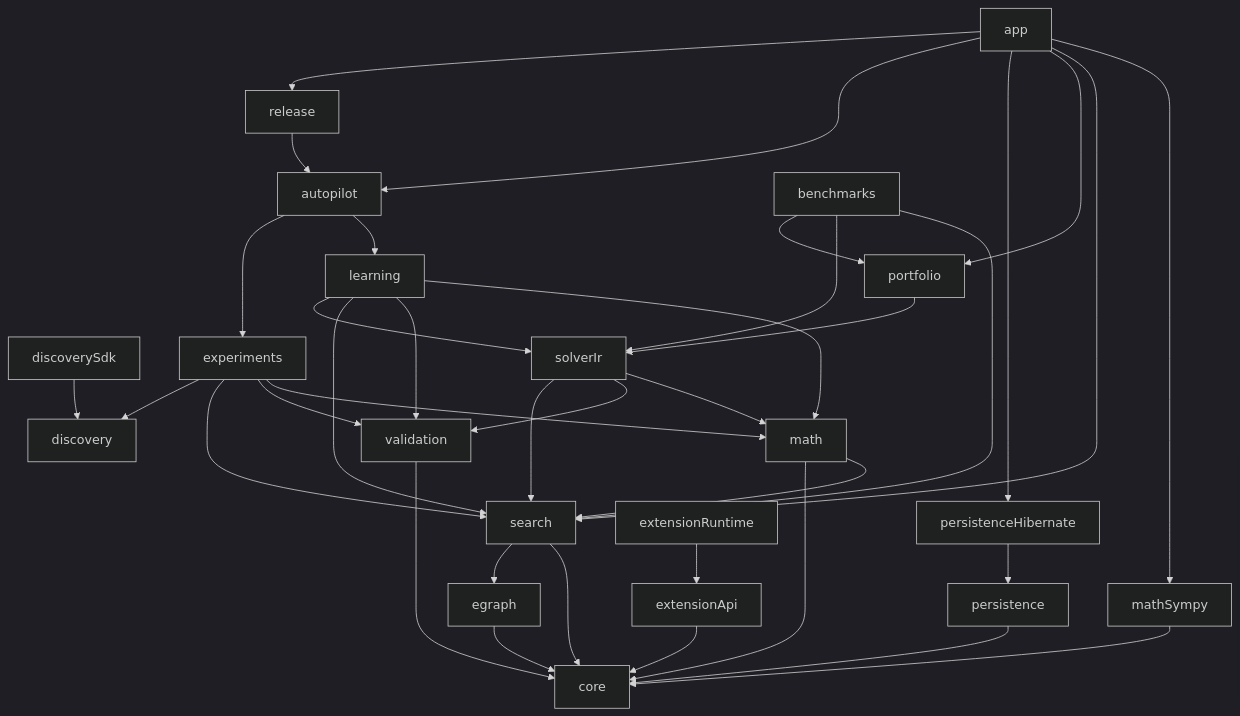
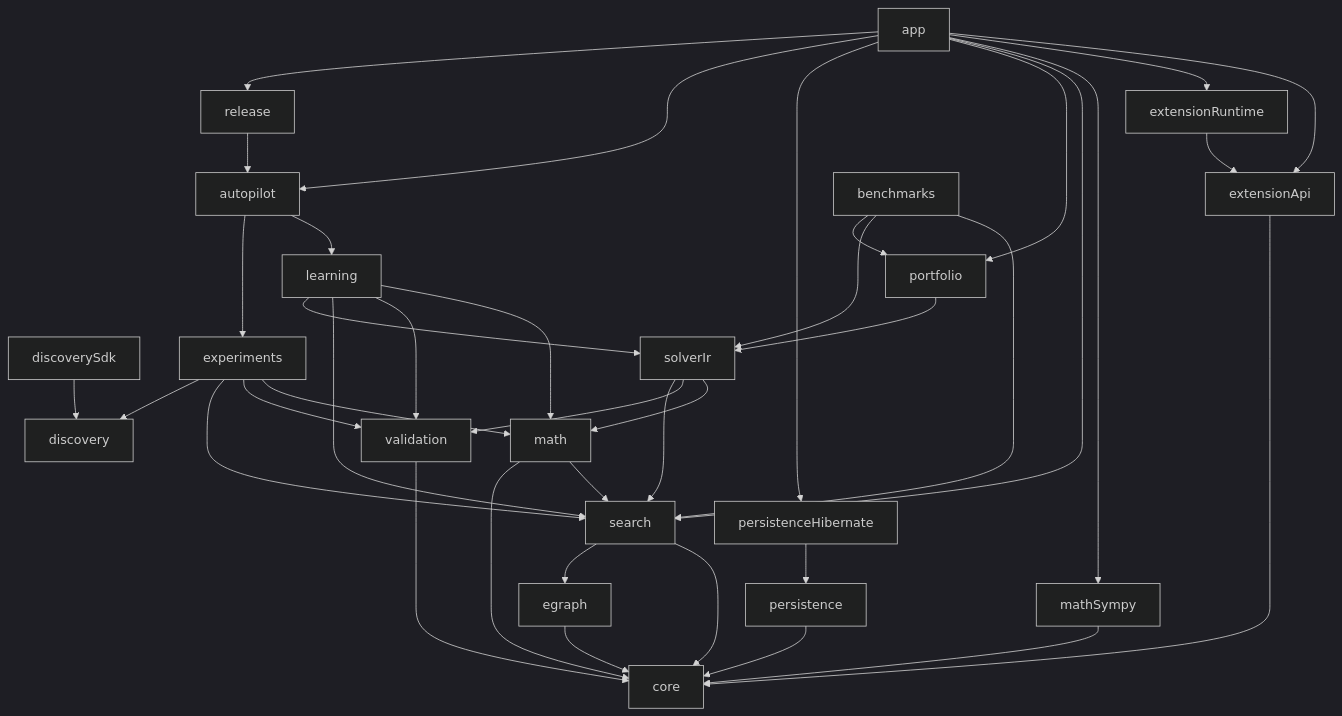
One commit to carstenartur/Regelsuche changed the diagram in docs/dependency-rules.md. Above: the diagram before and after it, drawn with Mermaid (dark theme). The commit also changed other lines of this file and 1 other file, not shown here.

First line of the commit message:
test(architecture): declare installed extension host dependencies

````diff
--- a/docs/dependency-rules.md
+++ b/docs/dependency-rules.md
@@ -14,47 +14,49 @@
 ```mermaid
 flowchart TD
     app --> release
     app --> autopilot
     app --> persistenceHibernate
     app --> portfolio
     app --> search
     app --> mathSympy
+    app --> extensionRuntime
+    app --> extensionApi
 
     discoverySdk --> discovery
     extensionRuntime --> extensionApi
     extensionApi --> core
 
     release --> autopilot
     autopilot --> experiments
     autopilot --> learning
 
     experiments --> discovery
     experiments --> search
     experiments --> validation
     experiments --> math
 
     benchmarks --> portfolio
     benchmarks --> solverIr
     benchmarks --> search
 
     learning --> solverIr
     learning --> search
     learning --> validation
     learning --> math
 
     persistenceHibernate --> persistence
 
     portfolio --> solverIr
     solverIr --> search
     solverIr --> validation
     solverIr --> math
 
     mathSympy --> core
     search --> egraph
     search --> core
     egraph --> core
     validation --> core
     math --> core
     math --> search
     persistence --> core
 ```
````
